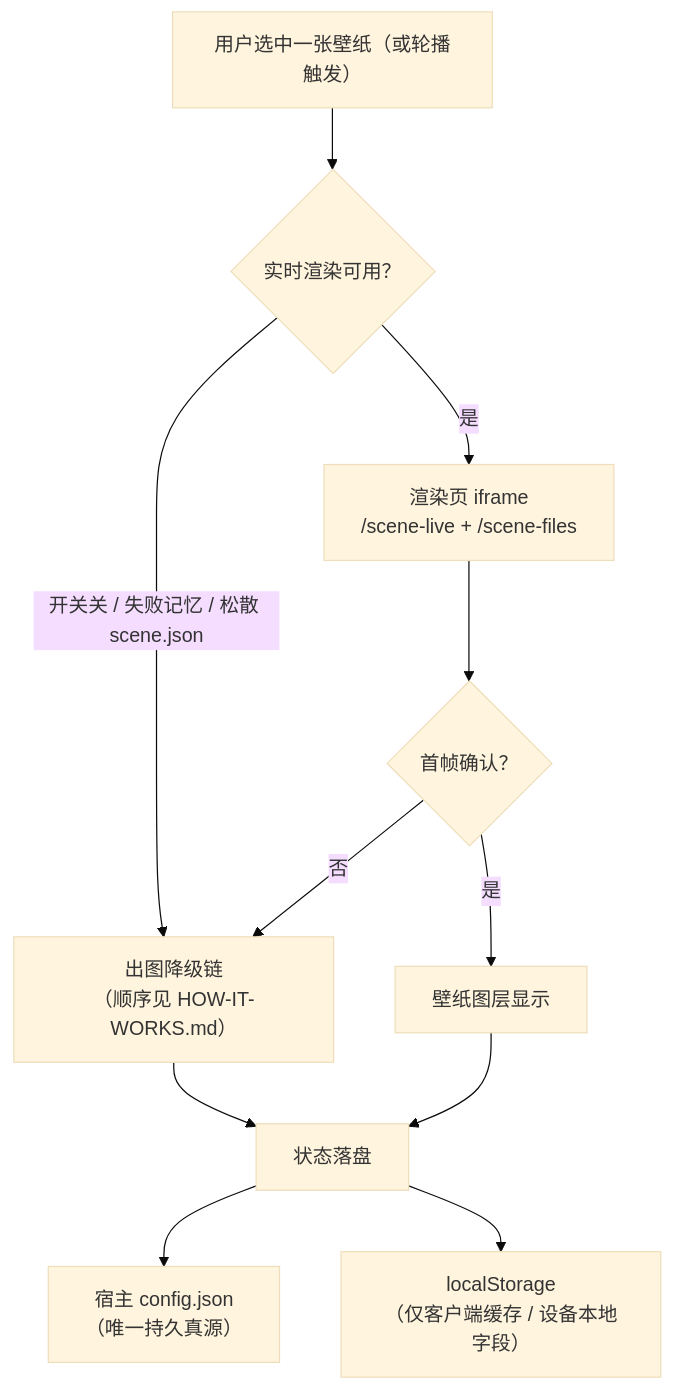
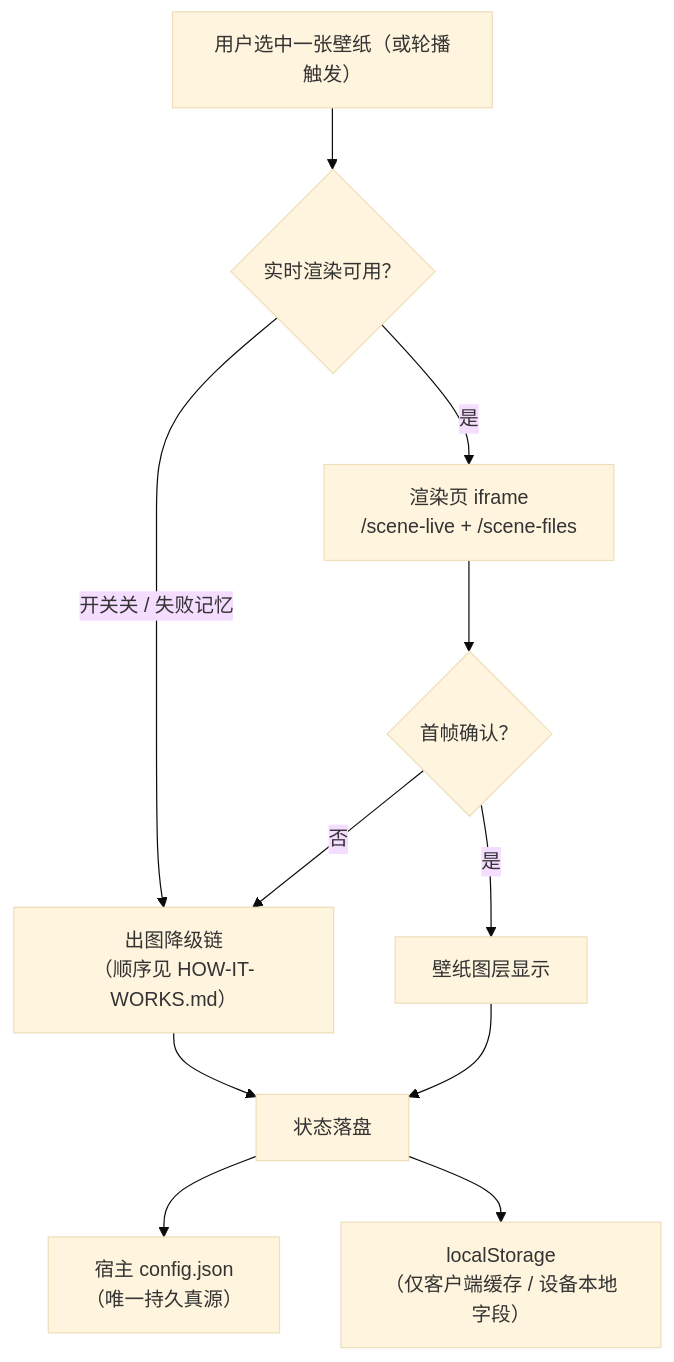
One commit to YV3507/dsh-wallpaper-engine changed the fifth of 5 diagrams in docs/CODE-STRUCTURE.md. Above: the diagram before and after it, drawn with Mermaid (base theme). The commit also changed other lines of this file and 26 other files, not shown here.

````diff
--- a/docs/CODE-STRUCTURE.md
+++ b/docs/CODE-STRUCTURE.md
@@ -471,13 +471,13 @@
 ```mermaid
 graph TB
     START["用户选中一张壁纸（或轮播触发）"] --> ENABLE{"实时渲染可用？"}
-    ENABLE -->|开关关 / 失败记忆 / 松散 scene.json| CHAIN
+    ENABLE -->|开关关 / 失败记忆| CHAIN
     ENABLE -->|是| LIVE["渲染页 iframe<br/>/scene-live + /scene-files"]
     LIVE --> LIVE_OK{"首帧确认？"}
     LIVE_OK -->|是| SHOW["壁纸图层显示"]
     LIVE_OK -->|否| CHAIN["出图降级链<br/>（顺序见 HOW-IT-WORKS.md）"]
     CHAIN --> PERSIST
     SHOW --> PERSIST["状态落盘"]
     PERSIST --> CFG["宿主 config.json<br/>（唯一持久真源）"]
     PERSIST --> LS["localStorage<br/>（仅客户端缓存 / 设备本地字段）"]
 ```
````
